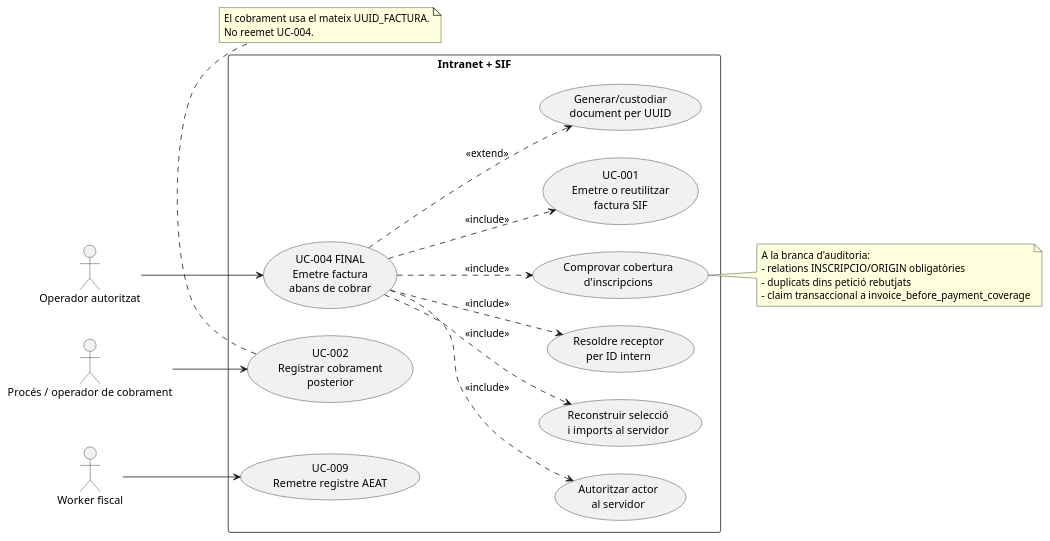
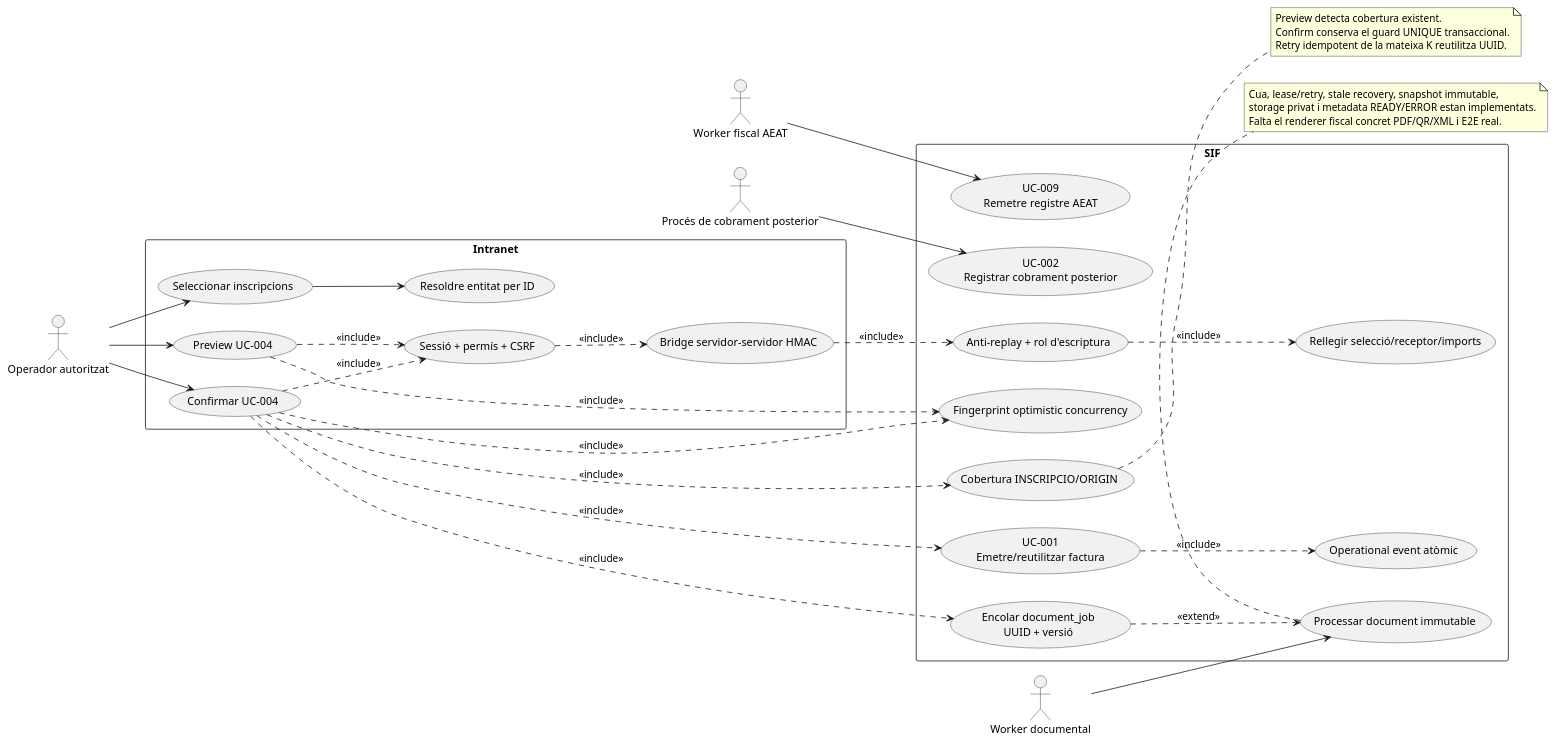
One commit to orgmeriemprismacat-del/verifactu changed the second of 3 diagrams in documentacio/07-uml-integrat/uc-004-cas-us-actual-final.md. Above: the diagram before and after it, drawn with PlantUML. The commit also changed other lines of this file, not shown here.

Commit message:
docs(UC-004): reconcilia cas d'ús ACTUAL/versionat/FINAL

````diff
--- a/documentacio/07-uml-integrat/uc-004-cas-us-actual-final.md
+++ b/documentacio/07-uml-integrat/uc-004-cas-us-actual-final.md
@@ -44,42 +46,63 @@
 ```plantuml
 @startuml
 left to right direction
 actor "Operador autoritzat" as Op
-actor "Procés / operador de cobrament" as Pay
-actor "Worker fiscal" as Fiscal
+actor "Worker documental" as DocWorker
+actor "Worker fiscal AEAT" as Fiscal
+actor "Procés de cobrament posterior" as Pay
 
-rectangle "Intranet + SIF" {
-  usecase "UC-004 FINAL\nEmetre factura\nabans de cobrar" as UC04
-  usecase "Autoritzar actor\nal servidor" as Auth
-  usecase "Reconstruir selecció\ni imports al servidor" as Rebuild
-  usecase "Resoldre receptor\nper ID intern" as Billing
-  usecase "Comprovar cobertura\nd'inscripcions" as Coverage
-  usecase "UC-001\nEmetre o reutilitzar\nfactura SIF" as UC01
-  usecase "Generar/custodiar\ndocument per UUID" as Doc
-  usecase "UC-002\nRegistrar cobrament\nposterior" as UC02
+rectangle "Intranet" {
+  usecase "Seleccionar inscripcions" as Sel
+  usecase "Resoldre entitat per ID" as EntId
+  usecase "Preview UC-004" as Preview
+  usecase "Confirmar UC-004" as Confirm
+  usecase "Sessió + permís + CSRF" as Access
+  usecase "Bridge servidor-servidor HMAC" as Bridge
+}
+
+rectangle "SIF" {
+  usecase "Anti-replay + rol d'escriptura" as Auth
+  usecase "Rellegir selecció/receptor/imports" as Rebuild
+  usecase "Fingerprint optimistic concurrency" as Fingerprint
+  usecase "Cobertura INSCRIPCIO/ORIGIN" as Coverage
+  usecase "UC-001\nEmetre/reutilitzar factura" as UC01
+  usecase "Operational event atòmic" as Audit
+  usecase "Encolar document_job\nUUID + versió" as QueueDoc
+  usecase "Processar document immutable" as ProcessDoc
+  usecase "UC-002\nRegistrar cobrament posterior" as UC02
   usecase "UC-009\nRemetre registre AEAT" as UC09
 }
 
-Op --> UC04
-UC04 ..> Auth : <<include>>
-UC04 ..> Rebuild : <<include>>
-UC04 ..> Billing : <<include>>
-UC04 ..> Coverage : <<include>>
-UC04 ..> UC01 : <<include>>
-UC04 ..> Doc : <<extend>>
+Op --> Sel
+Sel --> EntId
+Op --> Preview
+Op --> Confirm
+Preview ..> Access : <<include>>
+Confirm ..> Access : <<include>>
+Access ..> Bridge : <<include>>
+Bridge ..> Auth : <<include>>
+Auth ..> Rebuild : <<include>>
+Preview ..> Fingerprint : <<include>>
+Confirm ..> Fingerprint : <<include>>
+Confirm ..> Coverage : <<include>>
+Confirm ..> UC01 : <<include>>
+UC01 ..> Audit : <<include>>
+Confirm ..> QueueDoc : <<include>>
+DocWorker --> ProcessDoc
+QueueDoc ..> ProcessDoc : <<extend>>
 Pay --> UC02
 Fiscal --> UC09
 
 note right of Coverage
-  A la branca d'auditoria:
-  - relations INSCRIPCIO/ORIGIN obligatòries
-  - duplicats dins petició rebutjats
-  - claim transaccional a invoice_before_payment_coverage
+  Preview detecta cobertura existent.
+  Confirm conserva el guard UNIQUE transaccional.
+  Retry idempotent de la mateixa K reutilitza UUID.
 end note
 
-note bottom of UC02
-  El cobrament usa el mateix UUID_FACTURA.
-  No reemet UC-004.
+note bottom of ProcessDoc
+  Cua, lease/retry, stale recovery, snapshot immutable,
+  storage privat i metadata READY/ERROR estan implementats.
+  Falta el renderer fiscal concret PDF/QR/XML i E2E real.
 end note
 @enduml
 ```
````
